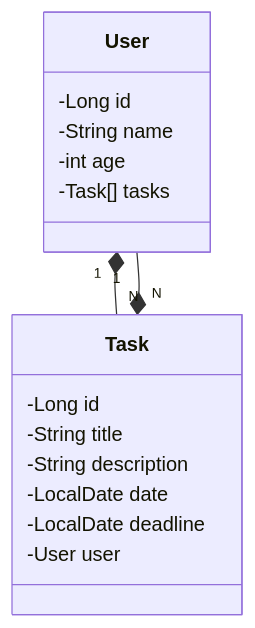
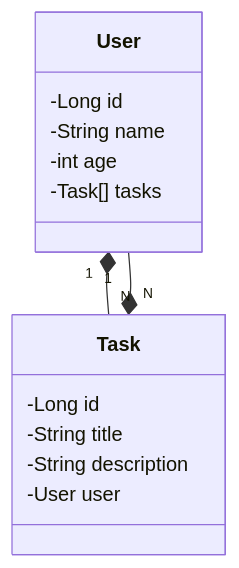
The diagram in README.md (inaldoSan/gerenciamento-tarefas), drawn with Mermaid before and after one commit. The commit also changed other lines of this file, not shown here.

````diff
--- a/README.md
+++ b/README.md
@@ -6,22 +6,20 @@
 ```mermaid
 classDiagram
   class User {
     -Long id
     -String name
     -int age
     -Task[] tasks
   }
 
   class Task {
     -Long id
     -String title
     -String description
-    -LocalDate date
-    -LocalDate deadline
     -User user
   }
 
   User "1" *-- "N" Task
   Task "N" *-- "1" User
 
 ```
````
